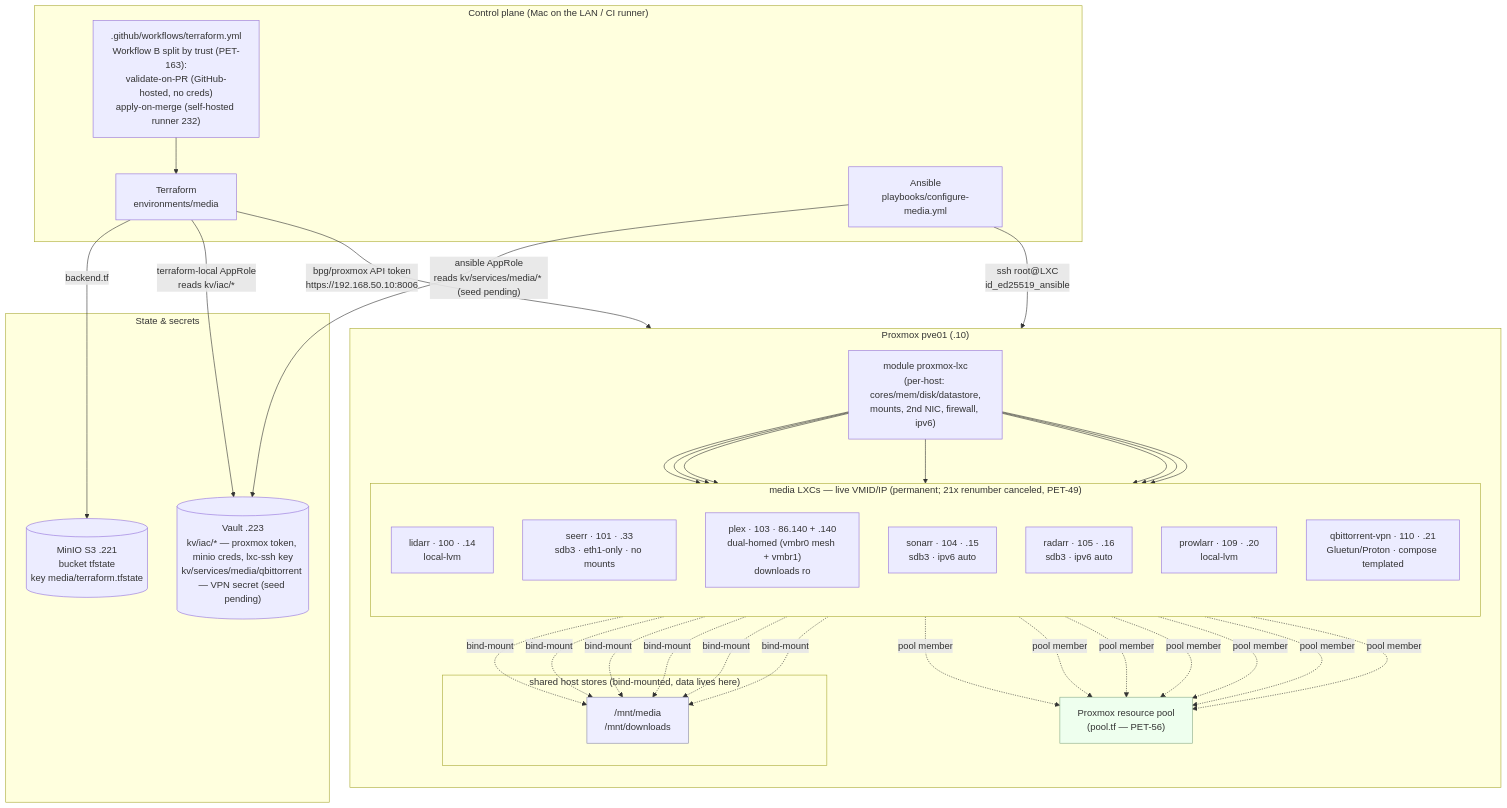
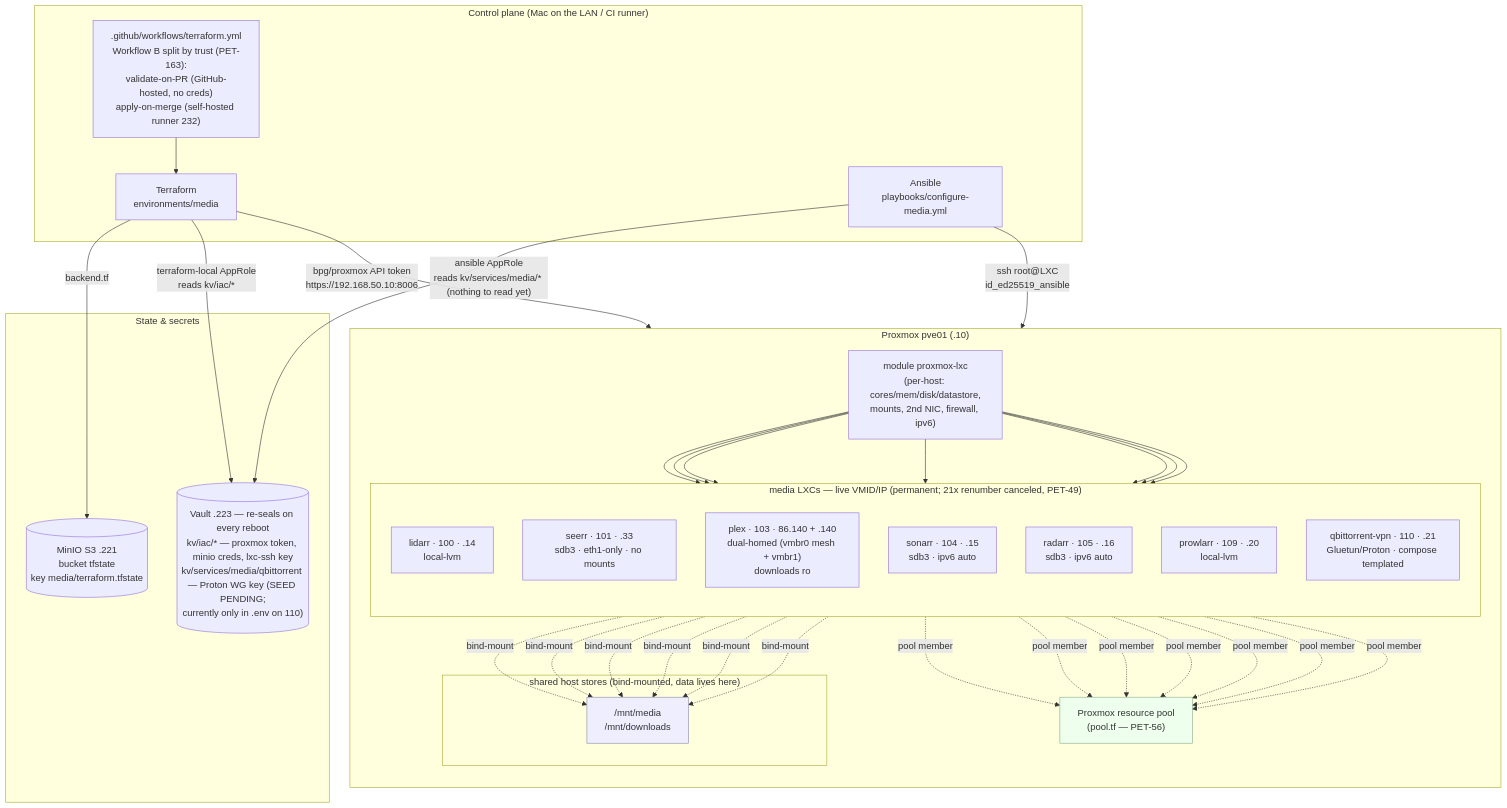
Before and after one commit to PeteDio-Labs/petedio-media-iac: the diagram in docs/ARCHITECTURE.md, drawn with Mermaid. The commit also changed 3 other files, not shown here.

````diff
--- a/docs/ARCHITECTURE.md
+++ b/docs/ARCHITECTURE.md
@@ -8,52 +8,52 @@
 ```mermaid
 flowchart TB
     subgraph operator["Control plane (Mac on the LAN / CI runner)"]
         TF["Terraform<br/>environments/media"]
         ANS["Ansible<br/>playbooks/configure-media.yml"]
         CI[".github/workflows/terraform.yml<br/>Workflow B split by trust (PET-163):<br/>validate-on-PR (GitHub-hosted, no creds)<br/>apply-on-merge (self-hosted runner 232)"]
     end
 
     subgraph backing["State & secrets"]
         MINIO[("MinIO S3 .221<br/>bucket tfstate<br/>key media/terraform.tfstate")]
-        VAULT[("Vault .223<br/>kv/iac/* — proxmox token, minio creds, lxc-ssh key<br/>kv/services/media/qbittorrent — VPN secret (seed pending)")]
+        VAULT[("Vault .223 — re-seals on every reboot<br/>kv/iac/* — proxmox token, minio creds, lxc-ssh key<br/>kv/services/media/qbittorrent — Proton WG key (SEED PENDING;<br/>currently only in .env on 110)")]
     end
 
     TF -- "backend.tf" --> MINIO
     TF -- "terraform-local AppRole<br/>reads kv/iac/*" --> VAULT
-    ANS -- "ansible AppRole<br/>reads kv/services/media/* (seed pending)" --> VAULT
+    ANS -- "ansible AppRole<br/>reads kv/services/media/* (nothing to read yet)" --> VAULT
     CI --> TF
 
     TF -- "bpg/proxmox API token<br/>https://192.168.50.10:8006" --> PVE
     ANS -- "ssh root@LXC<br/>id_ed25519_ansible" --> PVE
 
     subgraph PVE["Proxmox pve01 (.10)"]
         direction TB
         MOD["module proxmox-lxc<br/>(per-host: cores/mem/disk/datastore,<br/>mounts, 2nd NIC, firewall, ipv6)"]
 
         subgraph media["media LXCs — live VMID/IP (permanent; 21x renumber canceled, PET-49)"]
             direction TB
             LIDARR["lidarr · 100 · .14<br/>local-lvm"]
             SEERR["seerr · 101 · .33<br/>sdb3 · eth1-only · no mounts"]
             PLEX["plex · 103 · 86.140 + .140<br/>dual-homed (vmbr0 mesh + vmbr1)<br/>downloads ro"]
             SONARR["sonarr · 104 · .15<br/>sdb3 · ipv6 auto"]
             RADARR["radarr · 105 · .16<br/>sdb3 · ipv6 auto"]
             PROWLARR["prowlarr · 109 · .20<br/>local-lvm"]
             QBIT["qbittorrent-vpn · 110 · .21<br/>Gluetun/Proton · compose templated"]
         end
 
         subgraph stores["shared host stores (bind-mounted, data lives here)"]
             MNT["/mnt/media<br/>/mnt/downloads"]
         end
 
         POOL["Proxmox resource pool<br/>(pool.tf — PET-56)"]
     end
 
     MOD --> LIDARR & SEERR & PLEX & SONARR & RADARR & PROWLARR & QBIT
     LIDARR & PLEX & SONARR & RADARR & PROWLARR & QBIT -. "bind-mount" .-> MNT
     LIDARR & SEERR & PLEX & SONARR & RADARR & PROWLARR & QBIT -. "pool member" .-> POOL
 
     classDef store fill:#eef,stroke:#88a;
     classDef pool fill:#efe,stroke:#8a8;
     class MNT store;
     class POOL pool;
 ```
````
